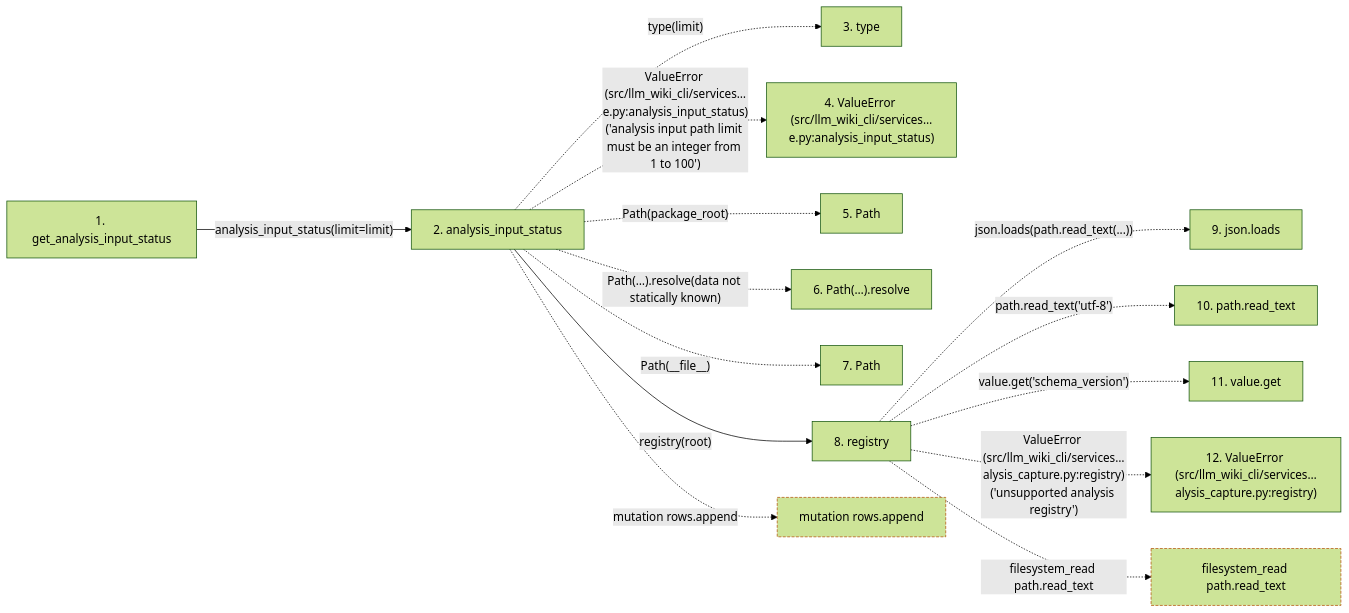
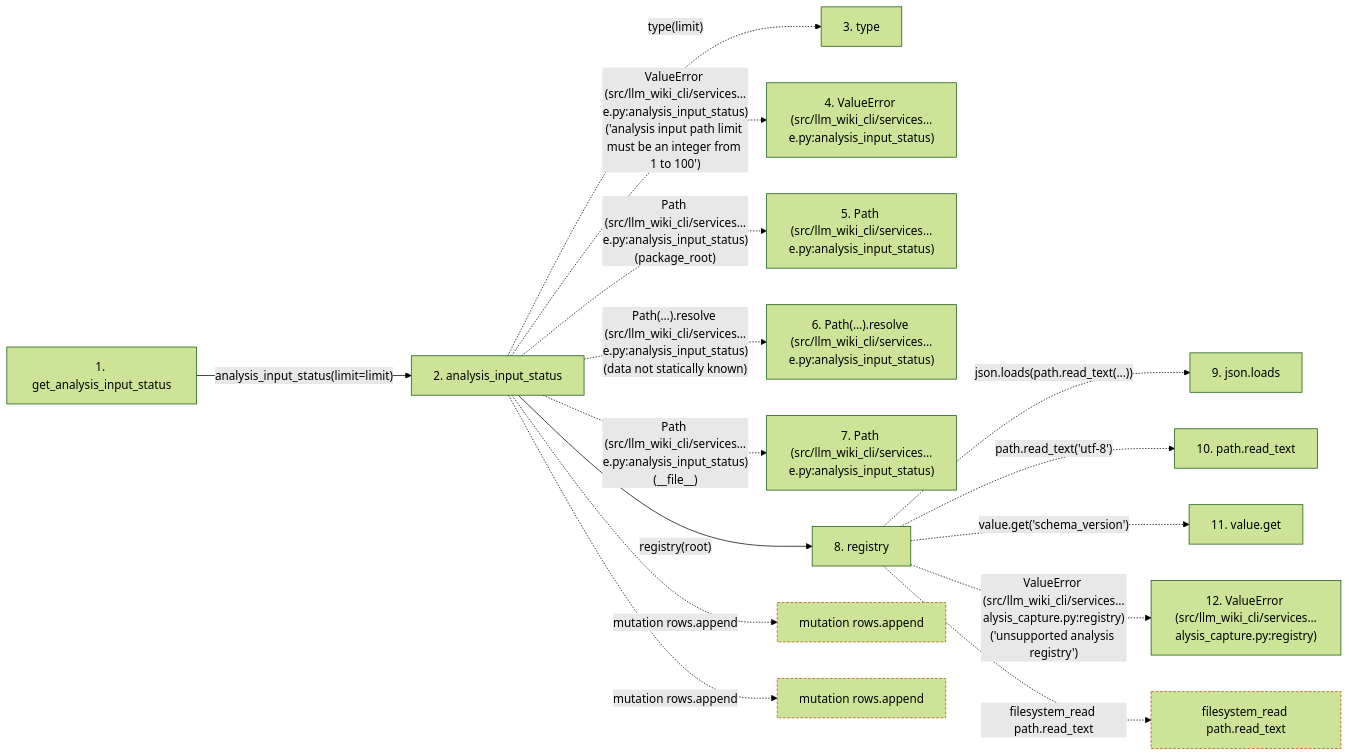
Before and after one commit to Denissvgn/python-wiki-llm: the second of 2 diagrams in docs/llm_wiki/flows/api-get_analysis_input_status.md, drawn with Mermaid (forest theme). The commit also changed other lines of this file and 1103 other files, not shown here.

First line of the commit message:
docs: refresh the wiki for the llm-wiki-engine distribution

````diff
--- a/docs/llm_wiki/flows/api-get_analysis_input_status.md
+++ b/docs/llm_wiki/flows/api-get_analysis_input_status.md
@@ -101,36 +102,39 @@
 ```mermaid
 flowchart LR
     s1["1. get_analysis_input_status"]
     s2["2. analysis_input_status"]
     s3["3. type"]
     s4["4. ValueError (src/llm_wiki_cli/services…e.py:analysis_input_status)"]
-    s5["5. Path"]
-    s6["6. Path(…).resolve"]
-    s7["7. Path"]
+    s5["5. Path (src/llm_wiki_cli/services…e.py:analysis_input_status)"]
+    s6["6. Path(…).resolve (src/llm_wiki_cli/services…e.py:analysis_input_status)"]
+    s7["7. Path (src/llm_wiki_cli/services…e.py:analysis_input_status)"]
     s8["8. registry"]
     s9["9. json.loads"]
     s10["10. path.read_text"]
     s11["11. value.get"]
     s12["12. ValueError (src/llm_wiki_cli/services…alysis_capture.py:registry)"]
     s1 -->|"analysis_input_status(limit=limit)"| s2
     s2 -. "type(limit)" .-> s3
     s2 -. "ValueError (src/llm_wiki_cli/services…e.py:analysis_input_status)('analysis input path limit must be an integer from 1 to 100')" .-> s4
-    s2 -. "Path(package_root)" .-> s5
-    s2 -. "Path(…).resolve(data not statically known)" .-> s6
-    s2 -. "Path(__file__)" .-> s7
+    s2 -. "Path (src/llm_wiki_cli/services…e.py:analysis_input_status)(package_root)" .-> s5
+    s2 -. "Path(…).resolve (src/llm_wiki_cli/services…e.py:analysis_input_status)(data not statically known)" .-> s6
+    s2 -. "Path (src/llm_wiki_cli/services…e.py:analysis_input_status)(__file__)" .-> s7
     s2 -->|"registry(root)"| s8
     s8 -. "json.loads(path.read_text(...))" .-> s9
     s8 -. "path.read_text('utf-8')" .-> s10
     s8 -. "value.get('schema_version')" .-> s11
     s8 -. "ValueError (src/llm_wiki_cli/services…alysis_capture.py:registry)('unsupported analysis registry')" .-> s12
     b0["mutation rows.append"]
     s2 -. "mutation rows.append" .-> b0
-    b1["filesystem_read path.read_text"]
-    s8 -. "filesystem_read path.read_text" .-> b1
+    b1["mutation rows.append"]
+    s2 -. "mutation rows.append" .-> b1
+    b2["filesystem_read path.read_text"]
+    s8 -. "filesystem_read path.read_text" .-> b2
     click s1 "../modules/api.md"
     click s2 "../modules/analysis_capture.md"
     click s8 "../modules/analysis_capture.md"
     classDef boundary stroke:#b45309,stroke-dasharray: 4 2
     class b0 boundary
     class b1 boundary
+    class b2 boundary
 ```
````
